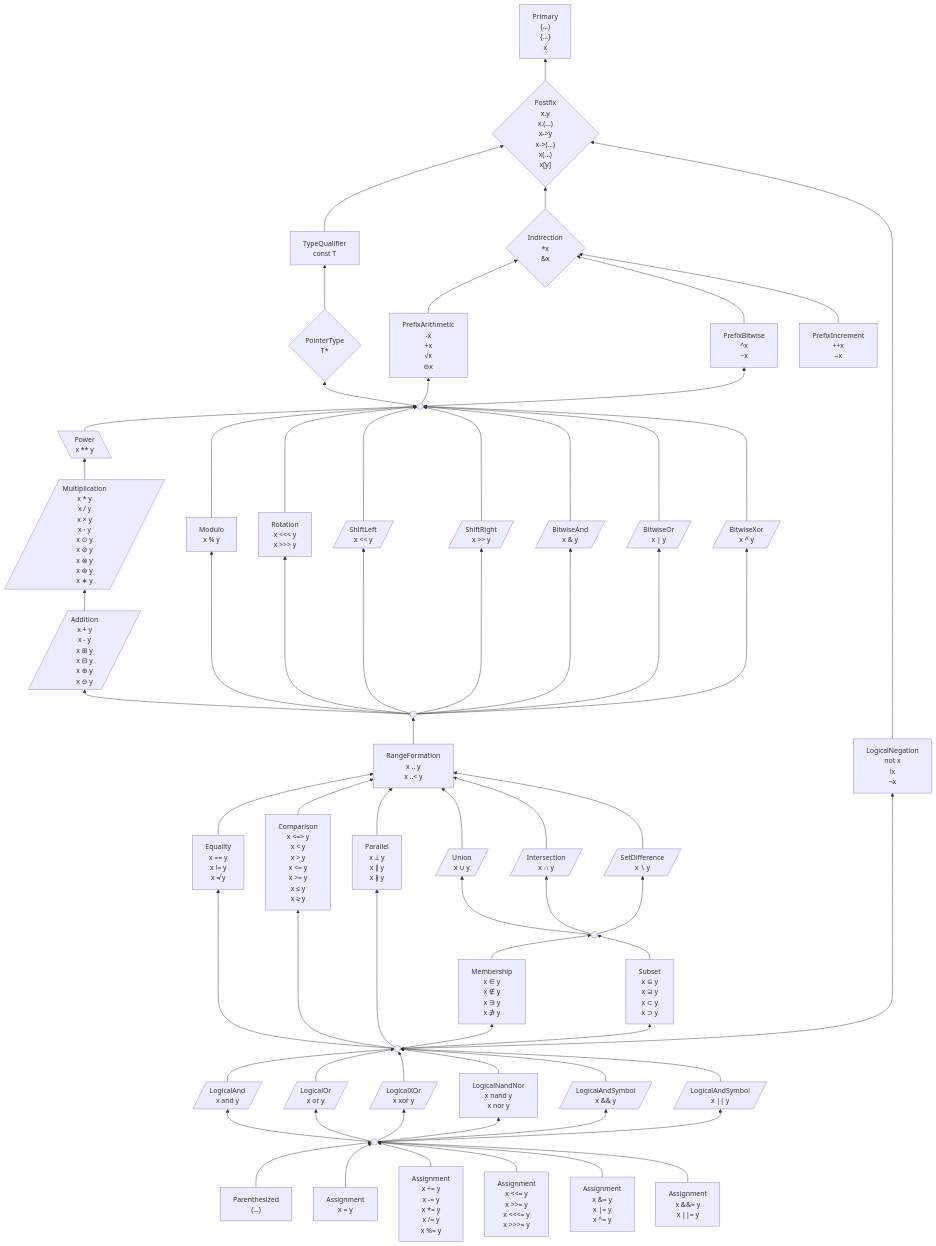
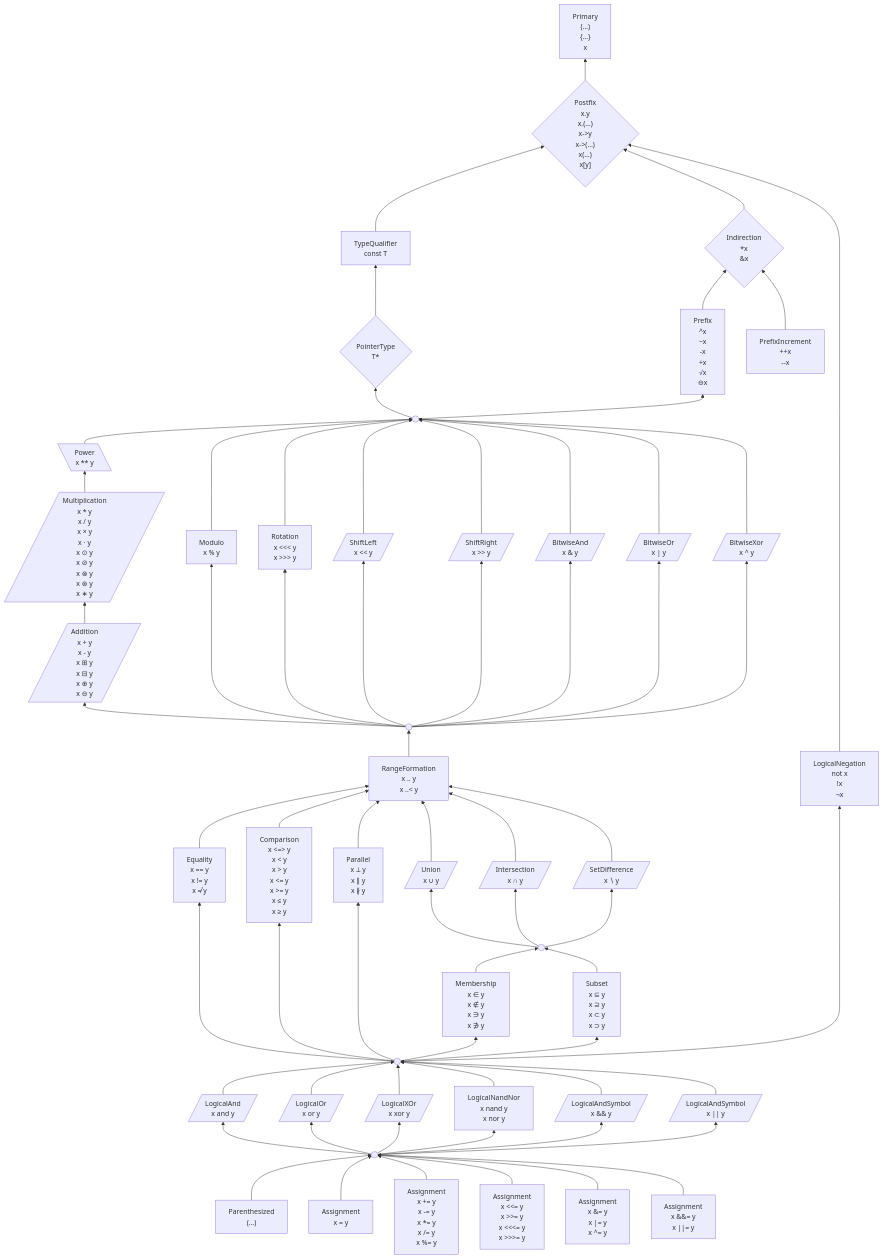
The first of 2 diagrams in 6 .../2 Unfinished Ideas.md (laro/Cilia), drawn with Mermaid before and after one commit.

Commit message:
Update 2 Unfinished Ideas.md

```diff
--- a/6 .../2 Unfinished Ideas.md
+++ b/6 .../2 Unfinished Ideas.md
@@ -220,11 +220,10 @@
 *x
 &x"}
 
-    prefixMath & complement & incDec --> pointer
-    complement["PrefixBitwise
+    prefix & incDec --> pointer
+    prefix["Prefix
 ^x
-~x"]
-    prefixMath["PrefixArithmetic
+~x
 -x
 +x
 √x
@@ -233,7 +232,7 @@
 ++x
 --x"]
 
-    unary --> pointerType & prefixMath & complement
+    unary --> pointerType & prefix
     unary((" "))
 
 
```
